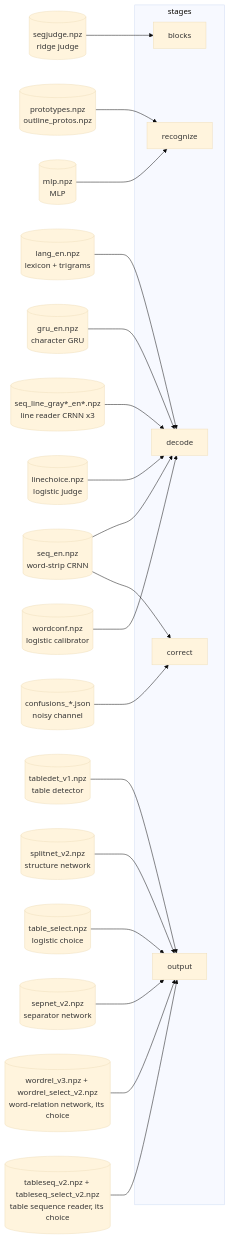
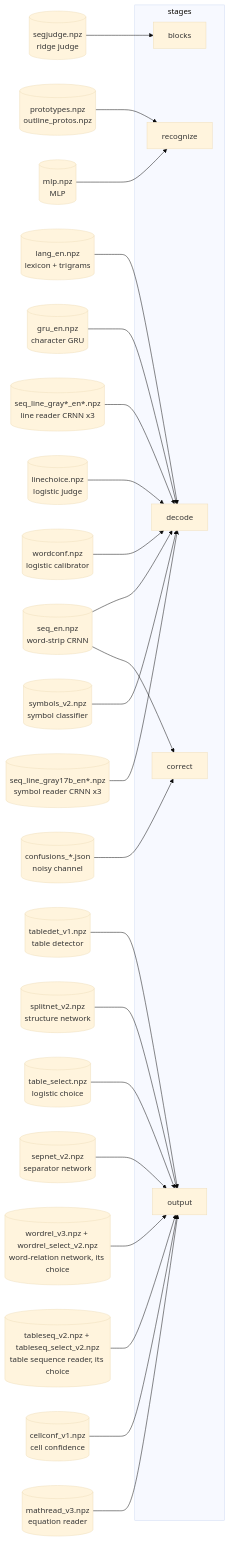
Before and after one commit to msharpe248/mlws-ocr: the seventh of 13 diagrams in docs/ARCHITECTURE.md, drawn with Mermaid (base theme). The commit also changed other lines of this file and 25 other files, not shown here.

````diff
--- a/docs/ARCHITECTURE.md
+++ b/docs/ARCHITECTURE.md
@@ -319,27 +329,31 @@
 ```mermaid
 flowchart LR
     subgraph stagesL[stages]
         blocksS[blocks]
         recS[recognize]
         decS[decode]
         corS[correct]
         outS[output]
     end
     segjudge[(segjudge.npz<br/>ridge judge)] --> blocksS
     protos[(prototypes.npz<br/>outline_protos.npz)] --> recS
     mlp[(mlp.npz<br/>MLP)] --> recS
     lang[(lang_en.npz<br/>lexicon + trigrams)] --> decS
     gru[(gru_en.npz<br/>character GRU)] --> decS
     seq[(seq_en.npz<br/>word-strip CRNN)] --> decS
     line[(seq_line_gray*_en*.npz<br/>line reader CRNN x3)] --> decS
     lchoice[(linechoice.npz<br/>logistic judge)] --> decS
     wconf[(wordconf.npz<br/>logistic calibrator)] --> decS
+    sym[(symbols_v2.npz<br/>symbol classifier)] --> decS
+    symr[(seq_line_gray17b_en*.npz<br/>symbol reader CRNN x3)] --> decS
     conf[(confusions_*.json<br/>noisy channel)] --> corS
     seq --> corS
     det[(tabledet_v1.npz<br/>table detector)] --> outS
     split[(splitnet_v2.npz<br/>structure network)] --> outS
     sel[(table_select.npz<br/>logistic choice)] --> outS
     sep[(sepnet_v2.npz<br/>separator network)] --> outS
     wrel[(wordrel_v3.npz + wordrel_select_v2.npz<br/>word-relation network, its choice)] --> outS
     tseq[(tableseq_v2.npz + tableseq_select_v2.npz<br/>table sequence reader, its choice)] --> outS
+    cconf[(cellconf_v1.npz<br/>cell confidence)] --> outS
+    math[(mathread_v3.npz<br/>equation reader)] --> outS
 ```
````
